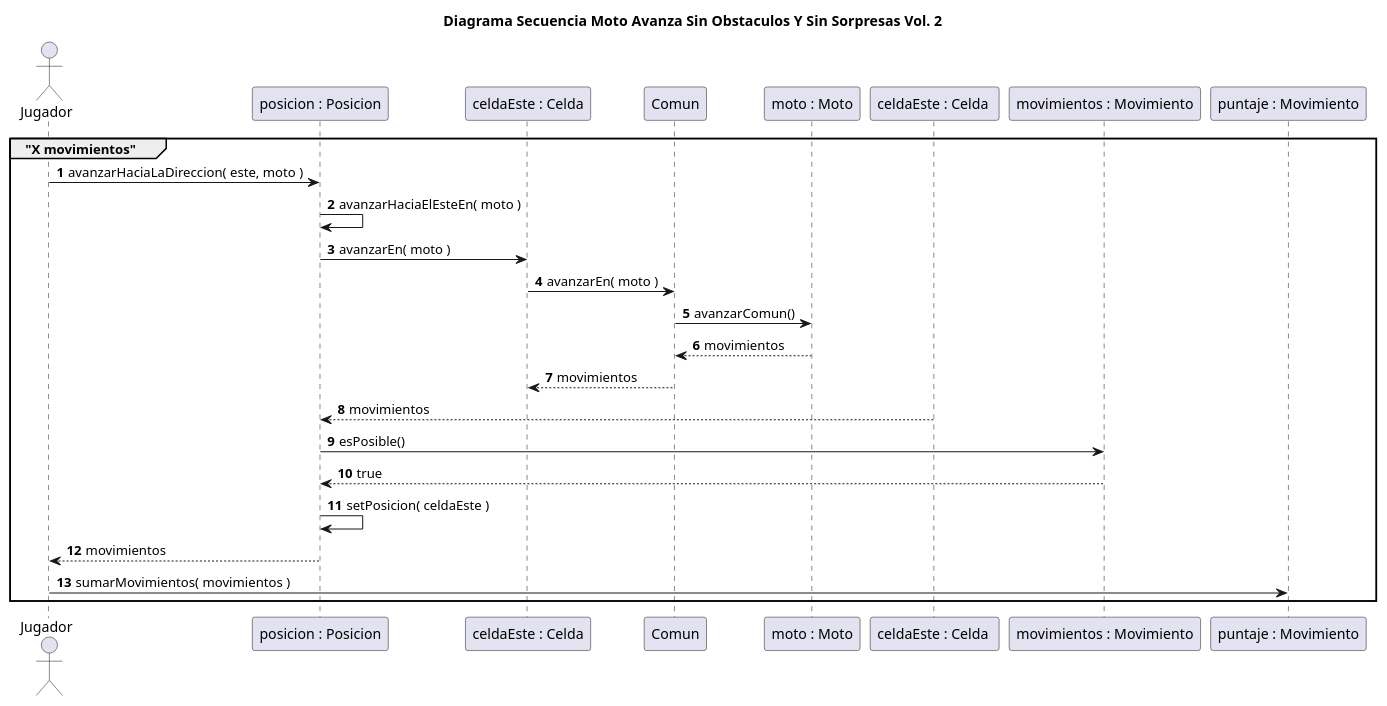
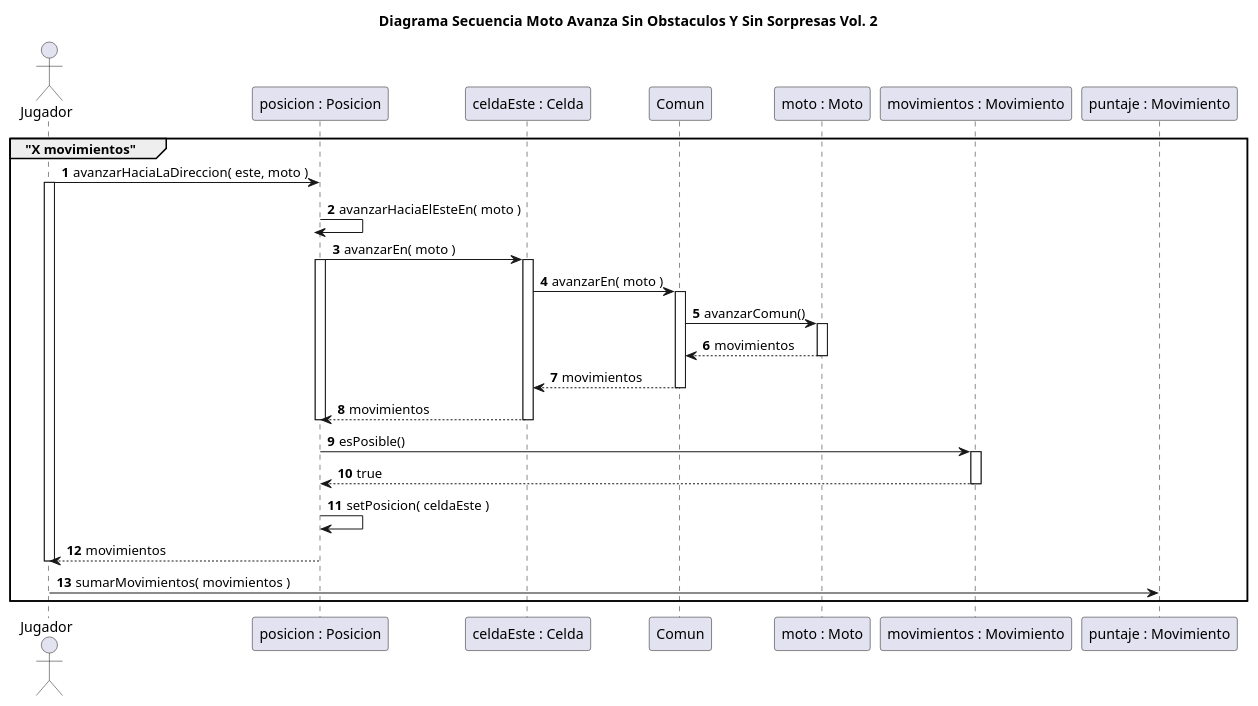
The diagram in diagrams/borradores/DiagramaSequenciaCasoSinObstaculosSinSorpresas_v2.puml (rodrigovzq/algo3_tp2), drawn with PlantUML before and after one commit. The commit also changed 1 other file, not shown here.

Commit message:
Actualización diagramas

```diff
--- a/diagrams/borradores/DiagramaSequenciaCasoSinObstaculosSinSorpresas_v2.puml
+++ b/diagrams/borradores/DiagramaSequenciaCasoSinObstaculosSinSorpresas_v2.puml
@@ -1,30 +1,41 @@
 @startuml
 title Diagrama Secuencia Moto Avanza Sin Obstaculos Y Sin Sorpresas Vol. 2
 autonumber
 actor Jugador
 
 group "X movimientos"
 Jugador -> "posicion : Posicion": avanzarHaciaLaDireccion( este, moto )
+
+activate Jugador
 "posicion : Posicion" -> "posicion : Posicion": avanzarHaciaElEsteEn( moto )
-"posicion : Posicion" -> "celdaEste : Celda" : avanzarEn( moto )
-"celdaEste : Celda" -> Comun: avanzarEn( moto )
-Comun -> "moto : Moto": avanzarComun()
 
+deactivate "posicion : Posicion"
+"posicion : Posicion" -> "celdaEste : Celda"++: avanzarEn( moto )
+
+activate "posicion : Posicion"
+"celdaEste : Celda" -> Comun++: avanzarEn( moto )
+Comun -> "moto : Moto"++: avanzarComun()
 "moto : Moto" --> Comun: movimientos
+deactivate "moto : Moto"
 Comun --> "celdaEste : Celda": movimientos
-"celdaEste : Celda "--> "posicion : Posicion": movimientos
-
+deactivate Comun
+"celdaEste : Celda" --> "posicion : Posicion": movimientos
+deactivate "celdaEste : Celda"
+deactivate "posicion : Posicion"
 'Viola el TellDontAsk, pero no es la solucion final.
 'Es para chequear que el movimiento es posible, por ejemplo,
 'cuando queres pasar por un piquete con un auto. No debemos actualizar
 'la posicion, ya que no podemos avanzar.
-"posicion : Posicion" -> "movimientos : Movimiento": esPosible()
+
+"movimientos : Movimiento" <- "posicion : Posicion"++: esPosible()
 "movimientos : Movimiento" --> "posicion : Posicion": true
+deactivate "movimientos : Movimiento"
 "posicion : Posicion" -> "posicion : Posicion": setPosicion( celdaEste )
 
 "posicion : Posicion" --> Jugador: movimientos
 
+deactivate Jugador
 Jugador -> "puntaje : Movimiento": sumarMovimientos( movimientos )
 end
 
 @enduml
```
